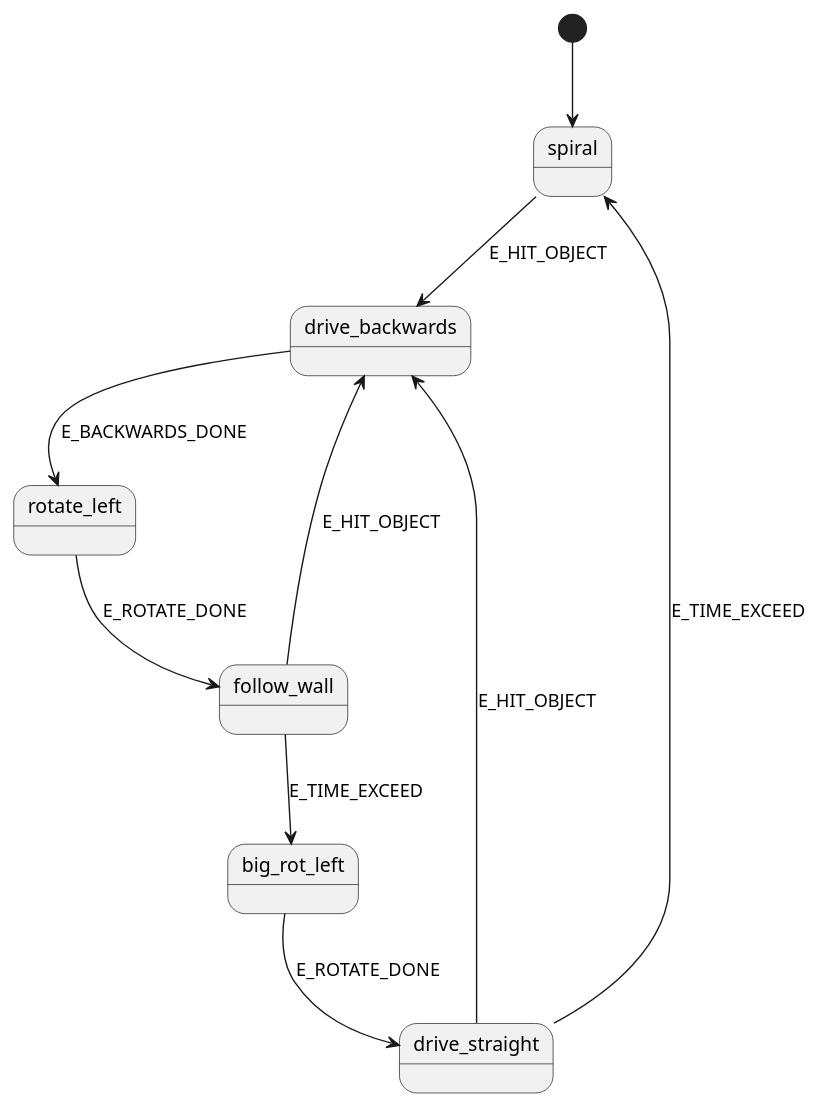
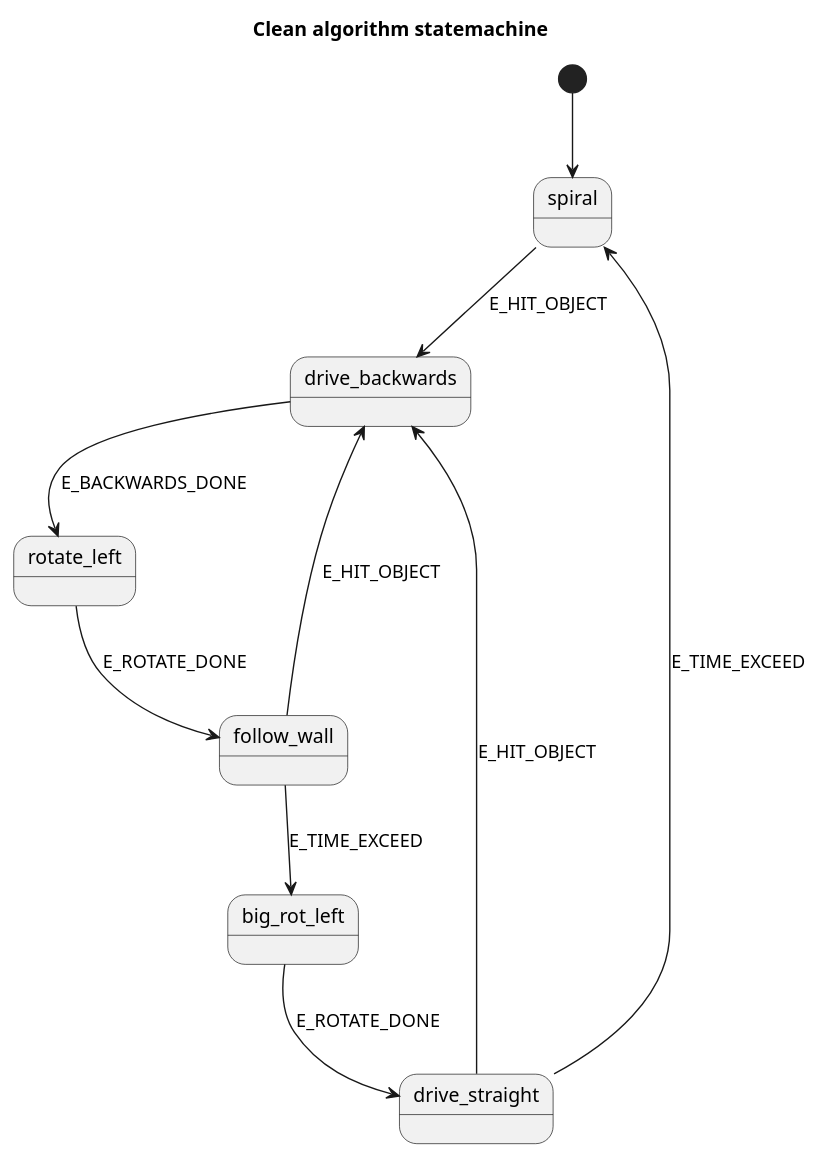
One commit to VvWijhe/Cleanify changed the diagram in UML/clean_algorithm.puml. Above: the diagram before and after it, drawn with PlantUML. The commit also changed 6 other files, not shown here.

Commit message:
uml updated

```diff
--- a/UML/clean_algorithm.puml
+++ b/UML/clean_algorithm.puml
@@ -1,13 +1,15 @@
 @startuml
+title Clean algorithm statemachine
+
 [*] --> spiral
 
 spiral --> drive_backwards : E_HIT_OBJECT
 follow_wall --> drive_backwards : E_HIT_OBJECT
 drive_backwards --> rotate_left : E_BACKWARDS_DONE
 rotate_left --> follow_wall : E_ROTATE_DONE
 drive_straight --> spiral : E_TIME_EXCEED
 follow_wall --> big_rot_left : E_TIME_EXCEED
 big_rot_left --> drive_straight : E_ROTATE_DONE
 drive_straight --> drive_backwards : E_HIT_OBJECT
 
 @enduml
```
